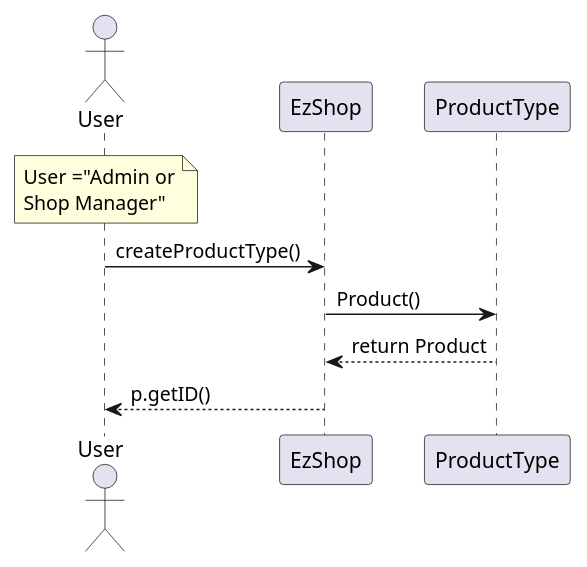
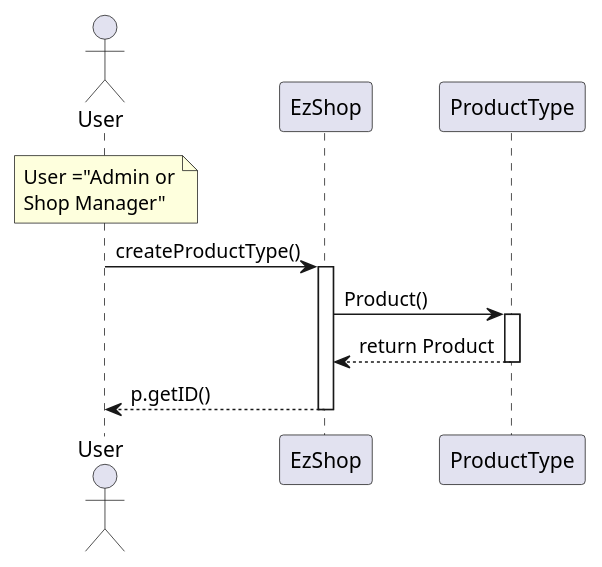
The fifth of 30 diagrams in Deliverables/DesignDocument.md (paocela/EzShop), drawn with PlantUML before and after one commit. The commit also changed other lines of this file, not shown here.

Commit message:
activate/deactivate added to sequence diagrams, typos fixed

````diff
--- a/Deliverables/DesignDocument.md
+++ b/Deliverables/DesignDocument.md
@@ -336,9 +335,13 @@
 ```plantuml
 actor User
 note over User: User ="Admin or\nShop Manager"
 User -> EzShop : createProductType()
+activate EzShop
 EzShop -> ProductType : Product()
+activate ProductType
 EzShop <-- ProductType : return Product 
+deactivate ProductType
 User <-- EzShop : p.getID()
+deactivate EzShop
 
 ```
````
